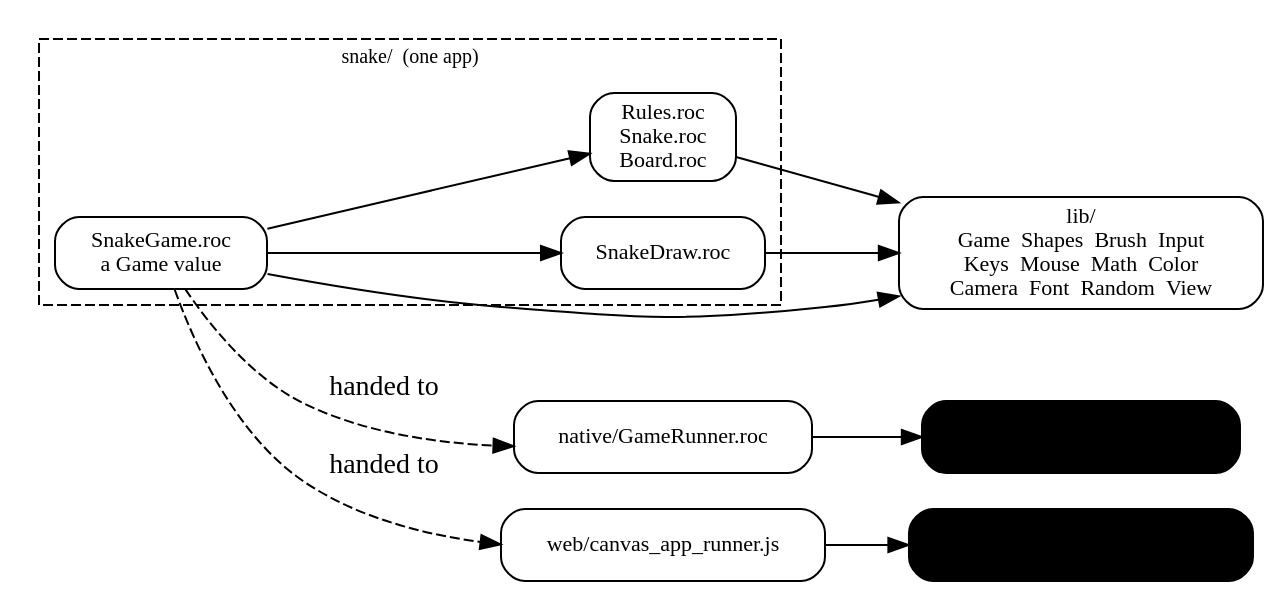
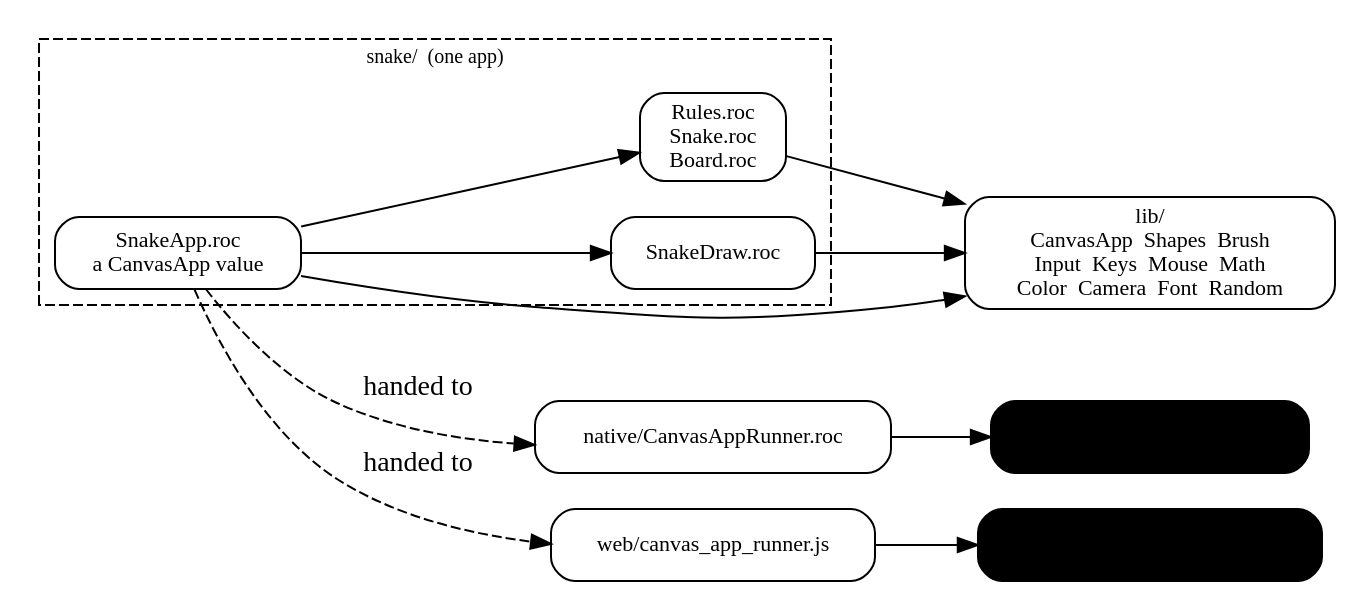
One commit to showell/essay-repl-server changed the first of 4 diagrams in notes/canvas-apps-in-roc.md. Above: the diagram before and after it, drawn with Graphviz. The commit also changed other lines of this file, not shown here.

First line of the commit message:
essay: Game is CanvasApp, arcade is canvas_apps

````diff
--- a/notes/canvas-apps-in-roc.md
+++ b/notes/canvas-apps-in-roc.md
@@ -12,26 +16,26 @@
 ```dot
 digraph {
   rankdir=LR
   node [shape=box style=rounded fontsize=11]
   subgraph cluster_app {
     label="snake/  (one app)" fontsize=10 style=dashed
-    game [label="SnakeGame.roc\na Game value"]
+    game [label="SnakeApp.roc\na CanvasApp value"]
     rules [label="Rules.roc\nSnake.roc\nBoard.roc"]
     draw [label="SnakeDraw.roc"]
     game -> rules
     game -> draw
   }
-  lib [label="lib/\nGame  Shapes  Brush  Input\nKeys  Mouse  Math  Color\nCamera  Font  Random  View"]
-  native [label="native/GameRunner.roc" shape=box]
+  lib [label="lib/\nCanvasApp  Shapes  Brush\nInput  Keys  Mouse  Math\nColor  Camera  Font  Random"]
+  native [label="native/CanvasAppRunner.roc" shape=box]
   web [label="web/canvas_app_runner.js" shape=box]
   ray [label="roc-ray\n(window, GPU, keyboard)" shape=box style="rounded,filled" fillcolor="#eef"]
   page [label="a browser\n(canvas, events, WebAudio)" shape=box style="rounded,filled" fillcolor="#efe"]
   rules -> lib
   draw -> lib
   game -> lib
   game -> native [style=dashed label=" handed to "]
   game -> web [style=dashed label=" handed to "]
   native -> ray
   web -> page
 }
 ```
````
